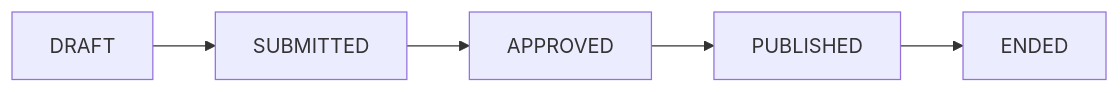
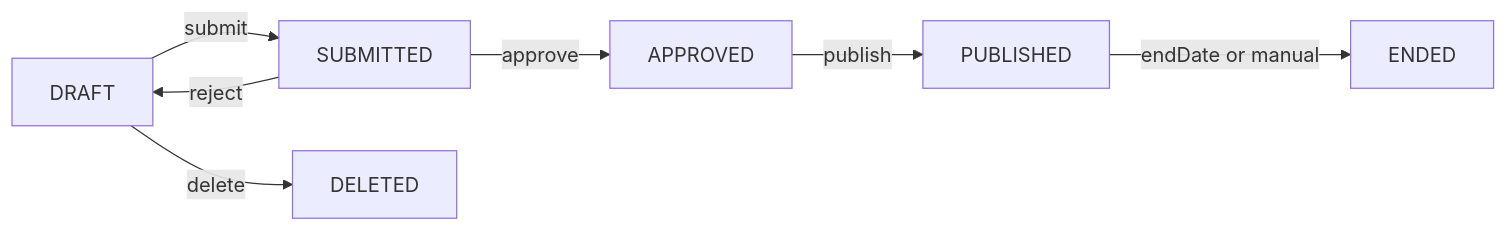
Before and after one commit to kiki-world-01/Docs: the diagram in api-reference/campaigns.mdx, drawn with Mermaid. The commit also changed other lines of this file and 13 other files, not shown here.

````diff
--- a/api-reference/campaigns.mdx
+++ b/api-reference/campaigns.mdx
@@ -60,4 +134,9 @@
 ```mermaid
 graph LR
-    DRAFT --> SUBMITTED --> APPROVED --> PUBLISHED --> ENDED
+    DRAFT -->|submit| SUBMITTED
+    SUBMITTED -->|approve| APPROVED
+    APPROVED -->|publish| PUBLISHED
+    PUBLISHED -->|endDate or manual| ENDED
+    DRAFT -->|delete| DELETED
+    SUBMITTED -->|reject| DRAFT
 ```
````
